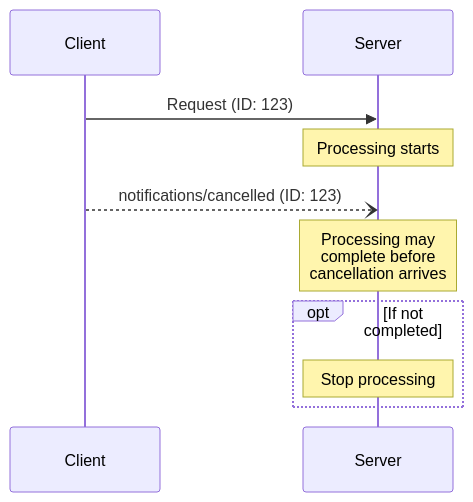
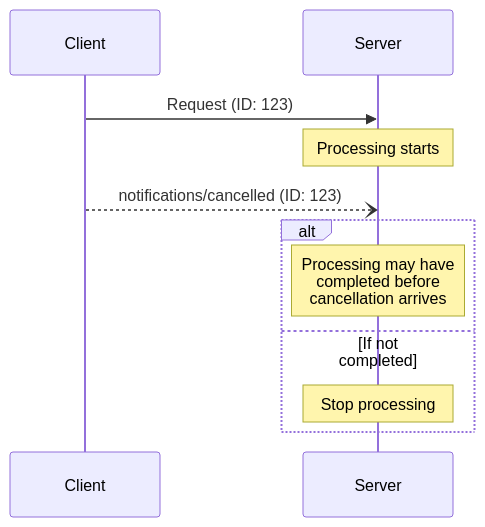
The diagram in docs/specification/basic/utilities/cancellation.md (zcstarr/modelcontextprotocol), drawn with Mermaid before and after one commit. The commit also changed other lines of this file, not shown here.

````diff
--- a/docs/specification/basic/utilities/cancellation.md
+++ b/docs/specification/basic/utilities/cancellation.md
@@ -54,13 +52,14 @@
 ```mermaid
 sequenceDiagram
-    participant Client
-    participant Server
+   participant Client
+   participant Server
 
-    Client->>Server: Request (ID: 123)
-    Note over Server: Processing starts
-    Client--)Server: notifications/cancelled (ID: 123)
-    Note over Server: Processing may<br/>complete before<br/>cancellation arrives
-    opt If not completed
-        Note over Server: Stop processing
-    end
+   Client->>Server: Request (ID: 123)
+   Note over Server: Processing starts
+   Client--)Server: notifications/cancelled (ID: 123)
+   alt 
+      Note over Server: Processing may have<br/>completed before<br/>cancellation arrives
+   else If not completed
+      Note over Server: Stop processing
+   end
 ```
````
